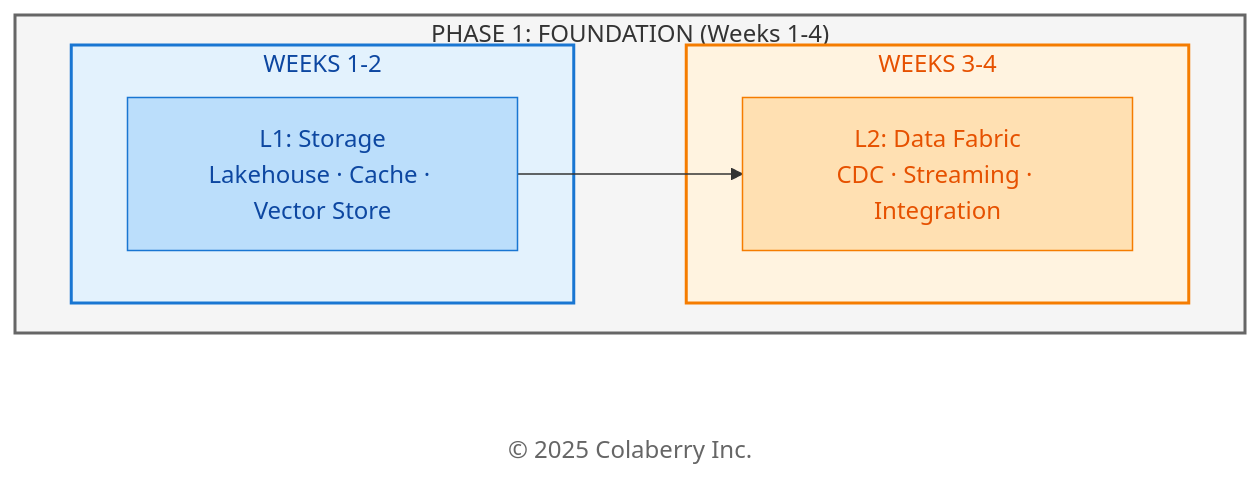
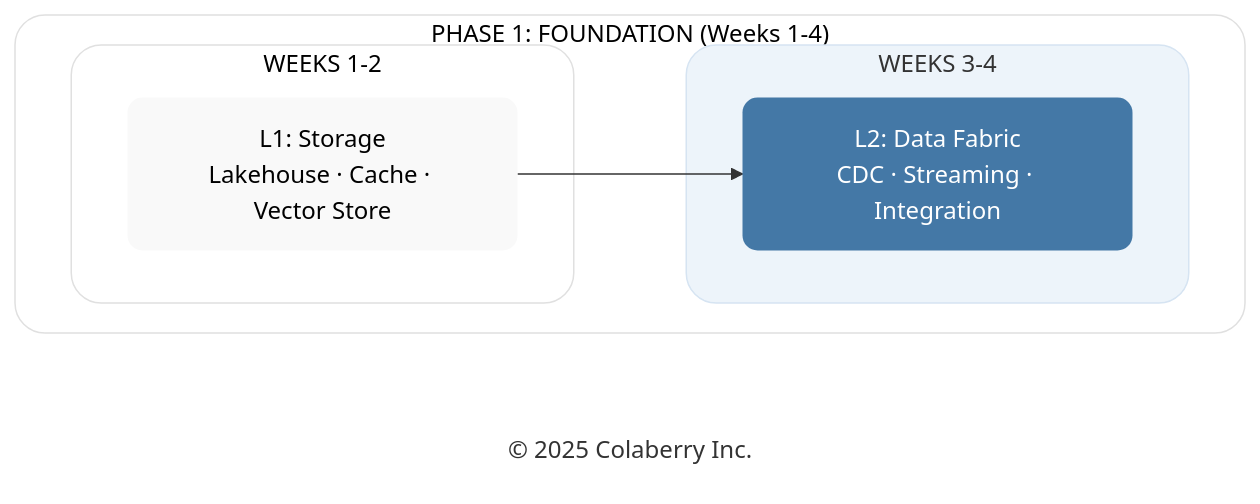
Before and after one commit to saitejesh-cyber/trust-before-intelligence-book: the third of 7 diagrams in manuscript/11_chapter_10_week_by_week_implementation.md, drawn with Mermaid. The commit also changed other lines of this file and 7 other files, not shown here.

Commit message:
Chapter 6to13: Updated mermaid diagrams based on new colaberry color code

````diff
--- a/manuscript/11_chapter_10_week_by_week_implementation.md
+++ b/manuscript/11_chapter_10_week_by_week_implementation.md
@@ -192,26 +192,26 @@
 ```mermaid
 
 graph LR
     subgraph PHASE1["PHASE 1: FOUNDATION (Weeks 1-4)"]
         direction LR
         subgraph WEEK12["WEEKS 1-2"]
             L1["L1: Storage<br/>Lakehouse · Cache · Vector Store"]
         end
         
         subgraph WEEK34["WEEKS 3-4"]
             L2["L2: Data Fabric<br/>CDC · Streaming · Integration"]
         end
     end
     
     Copyright["© 2025 Colaberry Inc."]
     
     L1 --> L2
     
-    style PHASE1 fill:#f5f5f5,stroke:#666666,stroke-width:2px,color:#333333
-    style WEEK12 fill:#e3f2fd,stroke:#1976d2,stroke-width:2px,color:#0d47a1
-    style WEEK34 fill:#fff3e0,stroke:#f57c00,stroke-width:2px,color:#e65100
-    style L1 fill:#bbdefb,stroke:#1976d2,color:#0d47a1
-    style L2 fill:#ffe0b2,stroke:#f57c00,color:#e65100
-    style Copyright fill:#ffffff,stroke:none,color:#666666
+    style PHASE1 fill:#ffffff,stroke:#e0e0e0,stroke-width:1px,color:#000000,rx:20,ry:20
+    style WEEK12 fill:#ffffff,stroke:#e0e0e0,stroke-width:1px,color:#000000,rx:20,ry:20
+    style WEEK34 fill:#edf4fa,stroke:#d6e4f2,stroke-width:1px,color:#333333,rx:20,ry:20
+    style L1 fill:#f9f9f9,stroke:none,color:#000000,rx:10,ry:10
+    style L2 fill:#4478A6,stroke:none,color:#ffffff,rx:10,ry:10
+    style Copyright fill:none,stroke:none,color:#333333
 
 ```
````
